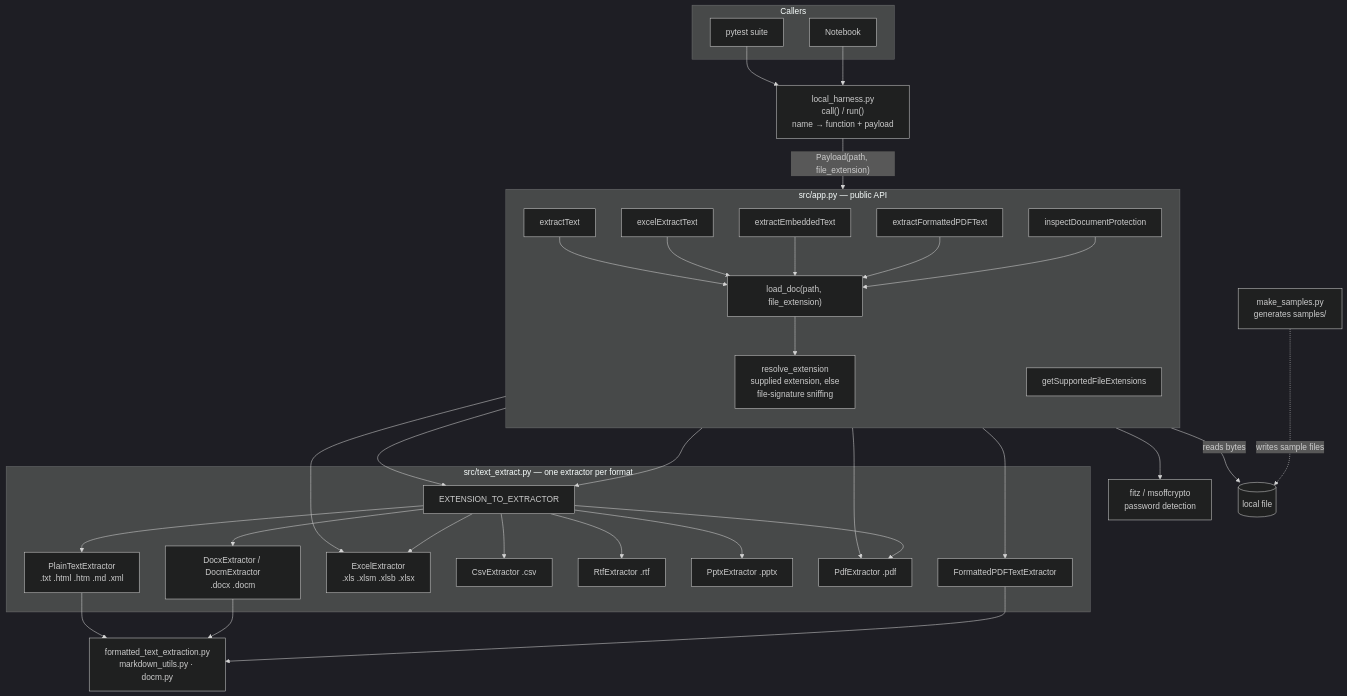
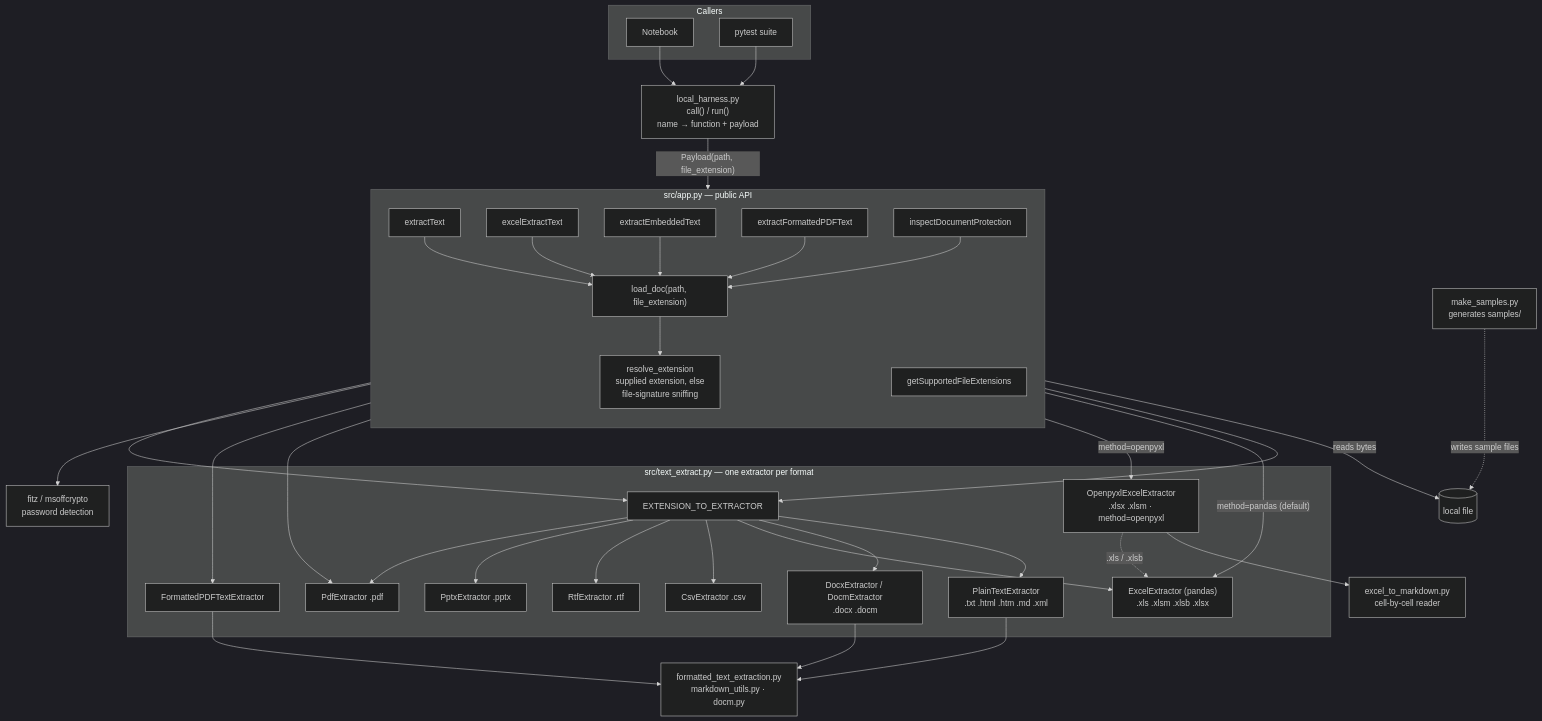
One commit to anilvenugopal/claims_extract_lab changed the diagram in README.md. Above: the diagram before and after it, drawn with Mermaid (dark theme). The commit also changed other lines of this file and 14 other files, not shown here.

First line of the commit message:
Add openpyxl Excel extraction method (coordinate-aware markdown) with opt-in comments and General-date detection

````diff
--- a/README.md
+++ b/README.md
@@ -23,56 +26,60 @@
 ```mermaid
 flowchart TD
     subgraph callers["Callers"]
         NB["Notebook"]
         T["pytest suite"]
     end
 
     MS["make_samples.py<br/>generates samples/"]
     H["local_harness.py<br/>call() / run()<br/>name → function + payload"]
 
     subgraph app["src/app.py — public API"]
         direction TB
         F1["extractText"]
         F2["excelExtractText"]
         F3["extractEmbeddedText"]
         F4["extractFormattedPDFText"]
         F5["inspectDocumentProtection"]
         F6["getSupportedFileExtensions"]
         LD["load_doc(path, file_extension)"]
         RE["resolve_extension<br/>supplied extension, else<br/>file-signature sniffing"]
         LD --> RE
     end
 
     subgraph te["src/text_extract.py — one extractor per format"]
         MAP["EXTENSION_TO_EXTRACTOR"]
         PT["PlainTextExtractor<br/>.txt .html .htm .md .xml"]
         DX["DocxExtractor / DocmExtractor<br/>.docx .docm"]
-        XL["ExcelExtractor<br/>.xls .xlsm .xlsb .xlsx"]
+        XL["ExcelExtractor (pandas)<br/>.xls .xlsm .xlsb .xlsx"]
+        XL2["OpenpyxlExcelExtractor<br/>.xlsx .xlsm · method=openpyxl"]
         CS["CsvExtractor .csv"]
         RT["RtfExtractor .rtf"]
         PP["PptxExtractor .pptx"]
         PD["PdfExtractor .pdf"]
         FP["FormattedPDFTextExtractor"]
         MAP --> PT & DX & XL & CS & RT & PP & PD
     end
 
     HELP["formatted_text_extraction.py<br/>markdown_utils.py · docm.py"]
     PROT["fitz / msoffcrypto<br/>password detection"]
     FILE[("local file")]
 
     NB --> H
     T --> H
     MS -.->|"writes sample files"| FILE
     H -->|"Payload(path, file_extension)"| app
     F1 & F2 & F3 & F4 & F5 --> LD
     LD -->|"reads bytes"| FILE
     F1 --> MAP
-    F2 --> XL
+    F2 -->|"method=pandas (default)"| XL
+    F2 -->|"method=openpyxl"| XL2
+    XL2 --> EM["excel_to_markdown.py<br/>cell-by-cell reader"]
+    XL2 -.->|".xls / .xlsb"| XL
     F3 --> PD
     F4 --> FP
     F5 --> PROT
     F6 --> MAP
     FP --> HELP
     DX --> HELP
     PT --> HELP
 ```
````
